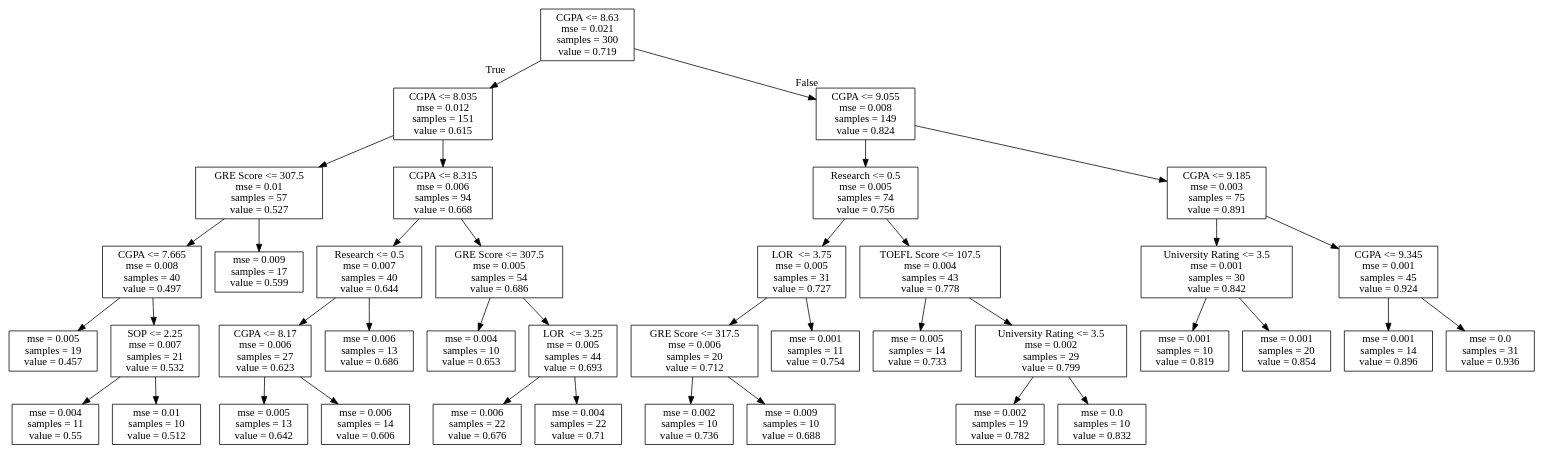
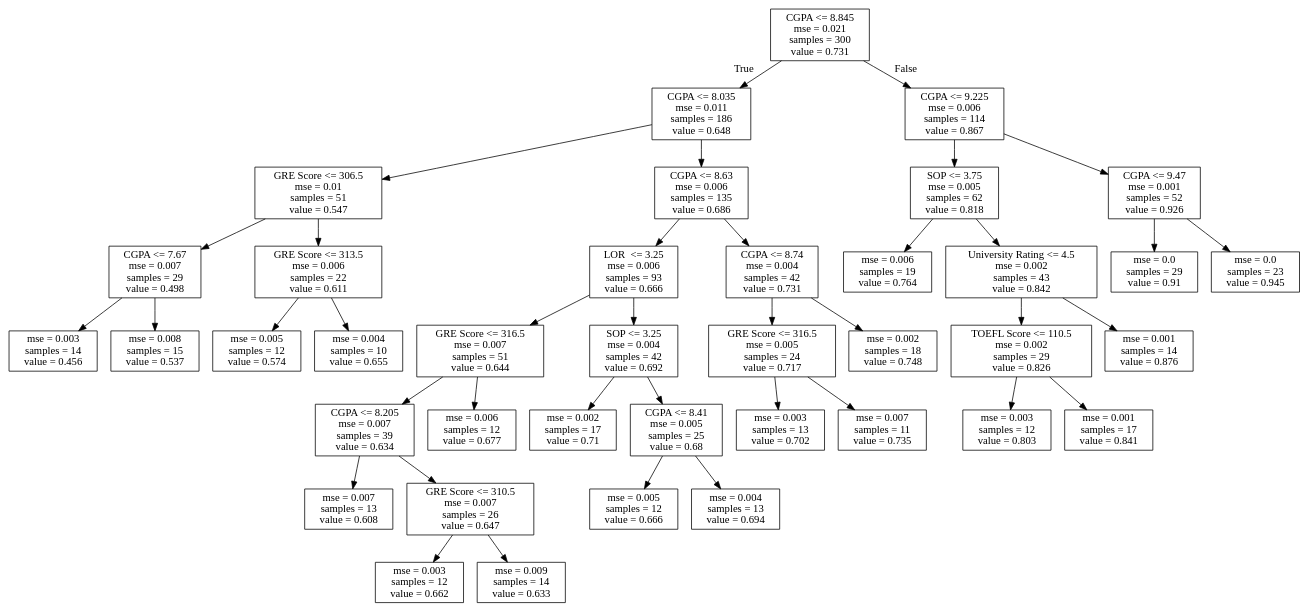
Before and after one commit to pragya1010/Admission-Prediction-system: the diagram in Data/classifier.dot, drawn with Graphviz. The commit also changed 6 other files, not shown here.

```diff
--- a/Data/classifier.dot
+++ b/Data/classifier.dot
@@ -1,80 +1,80 @@
 digraph Tree {
 node [shape=box] ;
-0 [label="CGPA <= 8.63\nmse = 0.021\nsamples = 300\nvalue = 0.719"] ;
-1 [label="CGPA <= 8.035\nmse = 0.012\nsamples = 151\nvalue = 0.615"] ;
+0 [label="CGPA <= 8.845\nmse = 0.021\nsamples = 300\nvalue = 0.731"] ;
+1 [label="CGPA <= 8.035\nmse = 0.011\nsamples = 186\nvalue = 0.648"] ;
 0 -> 1 [labeldistance=2.5, labelangle=45, headlabel="True"] ;
-3 [label="GRE Score <= 307.5\nmse = 0.01\nsamples = 57\nvalue = 0.527"] ;
+3 [label="GRE Score <= 306.5\nmse = 0.01\nsamples = 51\nvalue = 0.547"] ;
 1 -> 3 ;
-7 [label="CGPA <= 7.665\nmse = 0.008\nsamples = 40\nvalue = 0.497"] ;
+7 [label="CGPA <= 7.67\nmse = 0.007\nsamples = 29\nvalue = 0.498"] ;
 3 -> 7 ;
-11 [label="mse = 0.005\nsamples = 19\nvalue = 0.457"] ;
-7 -> 11 ;
-12 [label="SOP <= 2.25\nmse = 0.007\nsamples = 21\nvalue = 0.532"] ;
-7 -> 12 ;
-37 [label="mse = 0.004\nsamples = 11\nvalue = 0.55"] ;
-12 -> 37 ;
-38 [label="mse = 0.01\nsamples = 10\nvalue = 0.512"] ;
-12 -> 38 ;
-8 [label="mse = 0.009\nsamples = 17\nvalue = 0.599"] ;
+15 [label="mse = 0.003\nsamples = 14\nvalue = 0.456"] ;
+7 -> 15 ;
+16 [label="mse = 0.008\nsamples = 15\nvalue = 0.537"] ;
+7 -> 16 ;
+8 [label="GRE Score <= 313.5\nmse = 0.006\nsamples = 22\nvalue = 0.611"] ;
 3 -> 8 ;
-4 [label="CGPA <= 8.315\nmse = 0.006\nsamples = 94\nvalue = 0.668"] ;
+17 [label="mse = 0.005\nsamples = 12\nvalue = 0.574"] ;
+8 -> 17 ;
+18 [label="mse = 0.004\nsamples = 10\nvalue = 0.655"] ;
+8 -> 18 ;
+4 [label="CGPA <= 8.63\nmse = 0.006\nsamples = 135\nvalue = 0.686"] ;
 1 -> 4 ;
-17 [label="Research <= 0.5\nmse = 0.007\nsamples = 40\nvalue = 0.644"] ;
-4 -> 17 ;
-19 [label="CGPA <= 8.17\nmse = 0.006\nsamples = 27\nvalue = 0.623"] ;
-17 -> 19 ;
-33 [label="mse = 0.005\nsamples = 13\nvalue = 0.642"] ;
-19 -> 33 ;
-34 [label="mse = 0.006\nsamples = 14\nvalue = 0.606"] ;
-19 -> 34 ;
-20 [label="mse = 0.006\nsamples = 13\nvalue = 0.686"] ;
-17 -> 20 ;
-18 [label="GRE Score <= 307.5\nmse = 0.005\nsamples = 54\nvalue = 0.686"] ;
-4 -> 18 ;
-25 [label="mse = 0.004\nsamples = 10\nvalue = 0.653"] ;
-18 -> 25 ;
-26 [label="LOR  <= 3.25\nmse = 0.005\nsamples = 44\nvalue = 0.693"] ;
-18 -> 26 ;
-27 [label="mse = 0.006\nsamples = 22\nvalue = 0.676"] ;
-26 -> 27 ;
-28 [label="mse = 0.004\nsamples = 22\nvalue = 0.71"] ;
-26 -> 28 ;
-2 [label="CGPA <= 9.055\nmse = 0.008\nsamples = 149\nvalue = 0.824"] ;
+9 [label="LOR  <= 3.25\nmse = 0.006\nsamples = 93\nvalue = 0.666"] ;
+4 -> 9 ;
+13 [label="GRE Score <= 316.5\nmse = 0.007\nsamples = 51\nvalue = 0.644"] ;
+9 -> 13 ;
+21 [label="CGPA <= 8.205\nmse = 0.007\nsamples = 39\nvalue = 0.634"] ;
+13 -> 21 ;
+25 [label="mse = 0.007\nsamples = 13\nvalue = 0.608"] ;
+21 -> 25 ;
+26 [label="GRE Score <= 310.5\nmse = 0.007\nsamples = 26\nvalue = 0.647"] ;
+21 -> 26 ;
+35 [label="mse = 0.003\nsamples = 12\nvalue = 0.662"] ;
+26 -> 35 ;
+36 [label="mse = 0.009\nsamples = 14\nvalue = 0.633"] ;
+26 -> 36 ;
+22 [label="mse = 0.006\nsamples = 12\nvalue = 0.677"] ;
+13 -> 22 ;
+14 [label="SOP <= 3.25\nmse = 0.004\nsamples = 42\nvalue = 0.692"] ;
+9 -> 14 ;
+31 [label="mse = 0.002\nsamples = 17\nvalue = 0.71"] ;
+14 -> 31 ;
+32 [label="CGPA <= 8.41\nmse = 0.005\nsamples = 25\nvalue = 0.68"] ;
+14 -> 32 ;
+37 [label="mse = 0.005\nsamples = 12\nvalue = 0.666"] ;
+32 -> 37 ;
+38 [label="mse = 0.004\nsamples = 13\nvalue = 0.694"] ;
+32 -> 38 ;
+10 [label="CGPA <= 8.74\nmse = 0.004\nsamples = 42\nvalue = 0.731"] ;
+4 -> 10 ;
+29 [label="GRE Score <= 316.5\nmse = 0.005\nsamples = 24\nvalue = 0.717"] ;
+10 -> 29 ;
+33 [label="mse = 0.003\nsamples = 13\nvalue = 0.702"] ;
+29 -> 33 ;
+34 [label="mse = 0.007\nsamples = 11\nvalue = 0.735"] ;
+29 -> 34 ;
+30 [label="mse = 0.002\nsamples = 18\nvalue = 0.748"] ;
+10 -> 30 ;
+2 [label="CGPA <= 9.225\nmse = 0.006\nsamples = 114\nvalue = 0.867"] ;
 0 -> 2 [labeldistance=2.5, labelangle=-45, headlabel="False"] ;
-5 [label="Research <= 0.5\nmse = 0.005\nsamples = 74\nvalue = 0.756"] ;
+5 [label="SOP <= 3.75\nmse = 0.005\nsamples = 62\nvalue = 0.818"] ;
 2 -> 5 ;
-13 [label="LOR  <= 3.75\nmse = 0.005\nsamples = 31\nvalue = 0.727"] ;
-5 -> 13 ;
-29 [label="GRE Score <= 317.5\nmse = 0.006\nsamples = 20\nvalue = 0.712"] ;
-13 -> 29 ;
-31 [label="mse = 0.002\nsamples = 10\nvalue = 0.736"] ;
-29 -> 31 ;
-32 [label="mse = 0.009\nsamples = 10\nvalue = 0.688"] ;
-29 -> 32 ;
-30 [label="mse = 0.001\nsamples = 11\nvalue = 0.754"] ;
-13 -> 30 ;
-14 [label="TOEFL Score <= 107.5\nmse = 0.004\nsamples = 43\nvalue = 0.778"] ;
-5 -> 14 ;
-15 [label="mse = 0.005\nsamples = 14\nvalue = 0.733"] ;
-14 -> 15 ;
-16 [label="University Rating <= 3.5\nmse = 0.002\nsamples = 29\nvalue = 0.799"] ;
-14 -> 16 ;
-21 [label="mse = 0.002\nsamples = 19\nvalue = 0.782"] ;
-16 -> 21 ;
-22 [label="mse = 0.0\nsamples = 10\nvalue = 0.832"] ;
-16 -> 22 ;
-6 [label="CGPA <= 9.185\nmse = 0.003\nsamples = 75\nvalue = 0.891"] ;
+11 [label="mse = 0.006\nsamples = 19\nvalue = 0.764"] ;
+5 -> 11 ;
+12 [label="University Rating <= 4.5\nmse = 0.002\nsamples = 43\nvalue = 0.842"] ;
+5 -> 12 ;
+19 [label="TOEFL Score <= 110.5\nmse = 0.002\nsamples = 29\nvalue = 0.826"] ;
+12 -> 19 ;
+27 [label="mse = 0.003\nsamples = 12\nvalue = 0.803"] ;
+19 -> 27 ;
+28 [label="mse = 0.001\nsamples = 17\nvalue = 0.841"] ;
+19 -> 28 ;
+20 [label="mse = 0.001\nsamples = 14\nvalue = 0.876"] ;
+12 -> 20 ;
+6 [label="CGPA <= 9.47\nmse = 0.001\nsamples = 52\nvalue = 0.926"] ;
 2 -> 6 ;
-9 [label="University Rating <= 3.5\nmse = 0.001\nsamples = 30\nvalue = 0.842"] ;
-6 -> 9 ;
-35 [label="mse = 0.001\nsamples = 10\nvalue = 0.819"] ;
-9 -> 35 ;
-36 [label="mse = 0.001\nsamples = 20\nvalue = 0.854"] ;
-9 -> 36 ;
-10 [label="CGPA <= 9.345\nmse = 0.001\nsamples = 45\nvalue = 0.924"] ;
-6 -> 10 ;
-23 [label="mse = 0.001\nsamples = 14\nvalue = 0.896"] ;
-10 -> 23 ;
-24 [label="mse = 0.0\nsamples = 31\nvalue = 0.936"] ;
-10 -> 24 ;
+23 [label="mse = 0.0\nsamples = 29\nvalue = 0.91"] ;
+6 -> 23 ;
+24 [label="mse = 0.0\nsamples = 23\nvalue = 0.945"] ;
+6 -> 24 ;
 }
```
